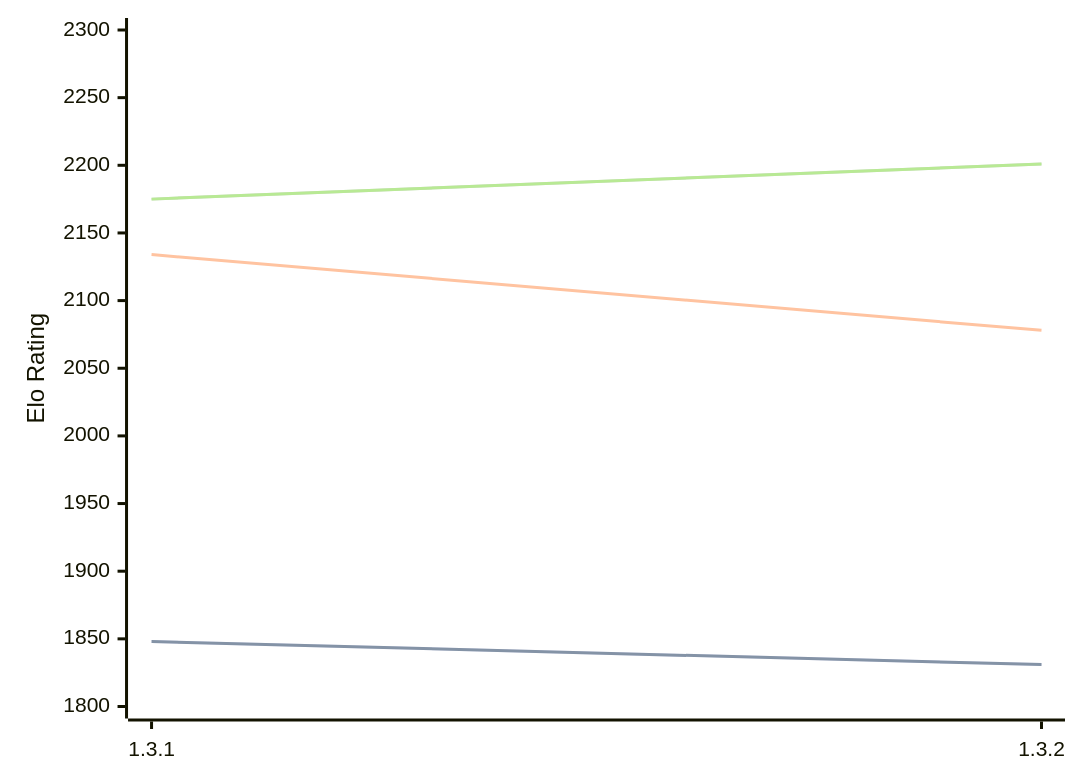
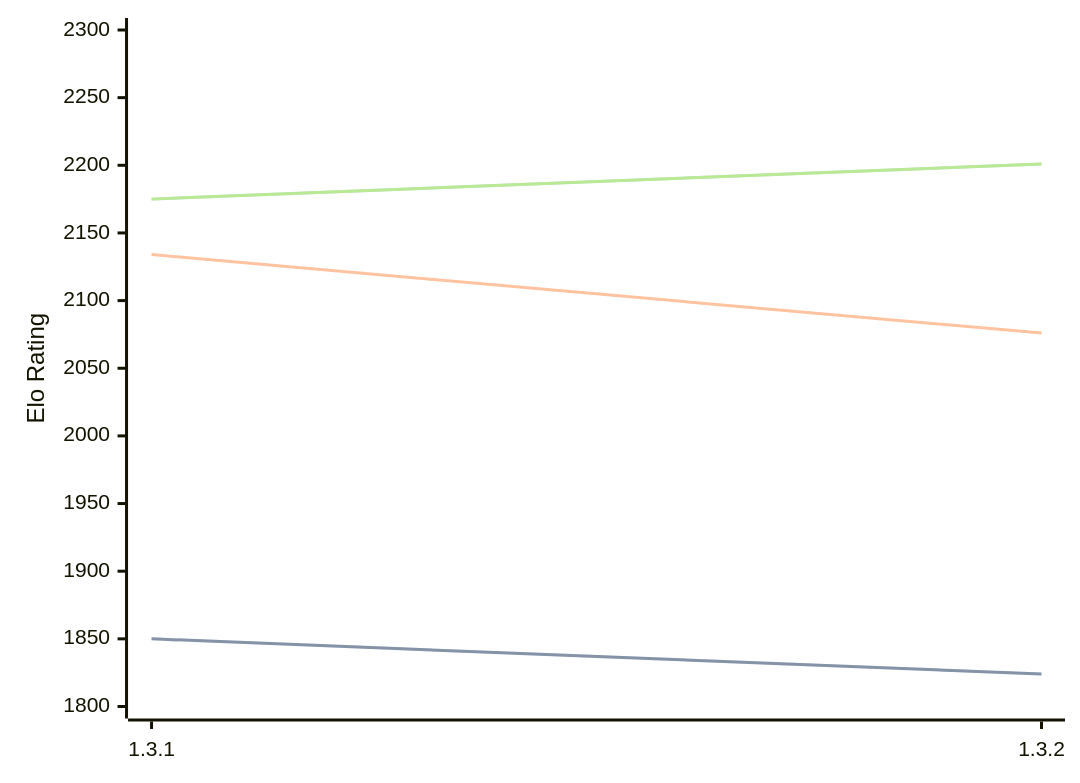
One commit to computer-chess-index/cci changed the diagram in engines/Zugblitz.md. Above: the diagram before and after it, drawn with Mermaid. The commit also changed other lines of this file, not shown here.

````diff
--- a/engines/Zugblitz.md
+++ b/engines/Zugblitz.md
@@ -32,11 +32,11 @@
 ```mermaid
 %%{init: {"theme":"base","themeVariables":{"seriesColors:['#a3a3a3','#222221','#faa371']}}}%%
 xychart-beta
   x-axis ["1.3.1", "1.3.2"]
   y-axis "Elo Rating" 1800 --> 2300
-  line "STC (8.0+0.08s)" [1848, 1831]
-  line "STC (8.0+0.08s)" [1848, 1831]
-  line "LTC (60.0+0.60s)" [2134, 2078]
+  line "STC (8.0+0.08s)" [1850, 1824]
+  line "STC (8.0+0.08s)" [1850, 1824]
+  line "LTC (60.0+0.60s)" [2134, 2076]
   line "VLTC (2m24s+1.12s)" [2175, 2201]
   line "VLTC (2m24s+1.12s)" [2175, 2201]
 ```
````
